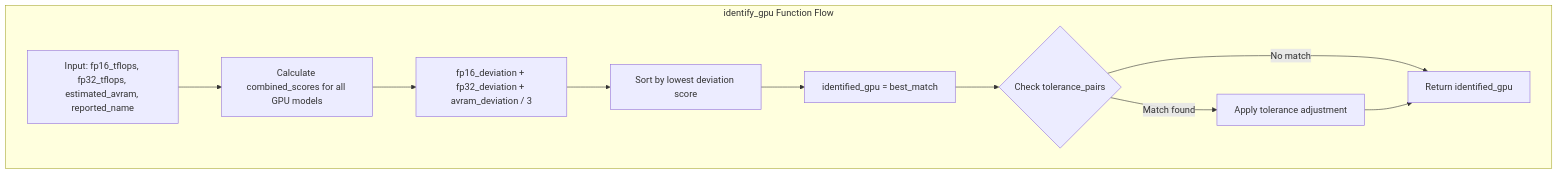
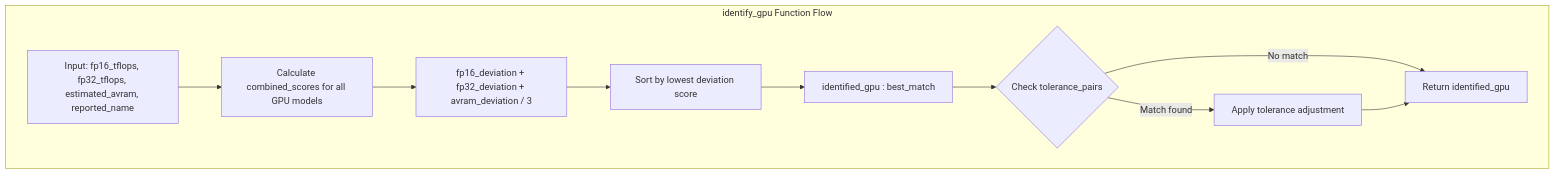
The fourth of 5 diagrams in src/content/docs/configuration/gpu-performance-configuration.mdx (neuralinternet/docs), drawn with Mermaid before and after one commit. The commit also changed other lines of this file and 184 other files, not shown here.

````diff
--- a/src/content/docs/configuration/gpu-performance-configuration.mdx
+++ b/src/content/docs/configuration/gpu-performance-configuration.mdx
@@ -234,14 +234,14 @@
 ```mermaid
 flowchart TD
     subgraph "identify_gpu Function Flow"
         input["Input: fp16_tflops, fp32_tflops, estimated_avram, reported_name"] 
         input --> calculate["Calculate combined_scores for all GPU models"]
         calculate --> deviation["fp16_deviation + fp32_deviation + avram_deviation / 3"]
         deviation --> sort["Sort by lowest deviation score"]
-        sort --> identify["identified_gpu = best_match"]
+        sort --> identify["identified_gpu : best_match"]
         identify --> tolerance{"Check tolerance_pairs"}
         tolerance -->|"Match found"| adjust["Apply tolerance adjustment"]
         tolerance -->|"No match"| return["Return identified_gpu"]
         adjust --> return
     end
 ```
````
